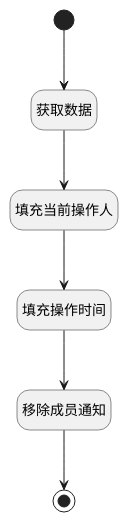
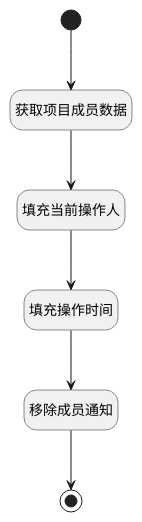
One commit to iBizLab/plm changed the diagram in doc/docsify/module/ProjMgmt/project_member/logic/remove_project_member_notify.md. Above: the diagram before and after it, drawn with PlantUML. The commit also changed other lines of this file and 1778 other files, not shown here.

````diff
--- a/doc/docsify/module/ProjMgmt/project_member/logic/remove_project_member_notify.md
+++ b/doc/docsify/module/ProjMgmt/project_member/logic/remove_project_member_notify.md
@@ -7,27 +7,27 @@
 ```plantuml
 @startuml
 hide empty description
 <style>
 root {
   HyperlinkColor #42b983
 }
 </style>
 
 hide empty description
 state "开始" as Begin <<start>> [[$./remove_project_member_notify#begin {"开始"}]]
-state "获取数据" as DEACTION1  [[$./remove_project_member_notify#deaction1 {"获取数据"}]]
+state "获取项目成员数据" as DEACTION1  [[$./remove_project_member_notify#deaction1 {"获取项目成员数据"}]]
 state "填充当前操作人" as PREPAREPARAM1  [[$./remove_project_member_notify#prepareparam1 {"填充当前操作人"}]]
 state "填充操作时间" as RAWSFCODE1  [[$./remove_project_member_notify#rawsfcode1 {"填充操作时间"}]]
 state "移除成员通知" as DENOTIFY1  [[$./remove_project_member_notify#denotify1 {"移除成员通知"}]]
 state "结束" as END1 <<end>> [[$./remove_project_member_notify#end1 {"结束"}]]
 
 
 Begin --> DEACTION1
 DEACTION1 --> PREPAREPARAM1
 PREPAREPARAM1 --> RAWSFCODE1
 RAWSFCODE1 --> DENOTIFY1
 DENOTIFY1 --> END1
 
 
 @enduml
 ```
````
